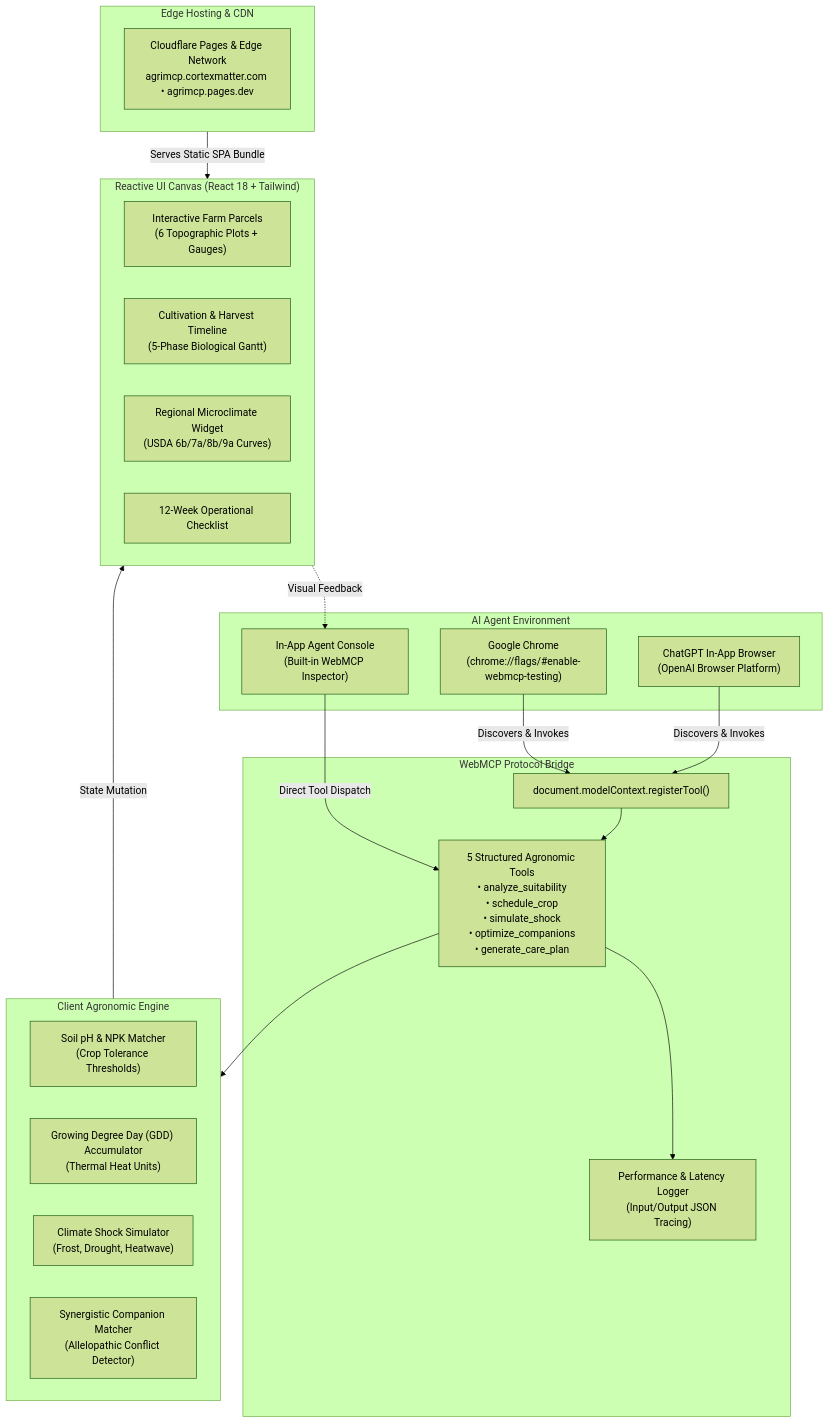
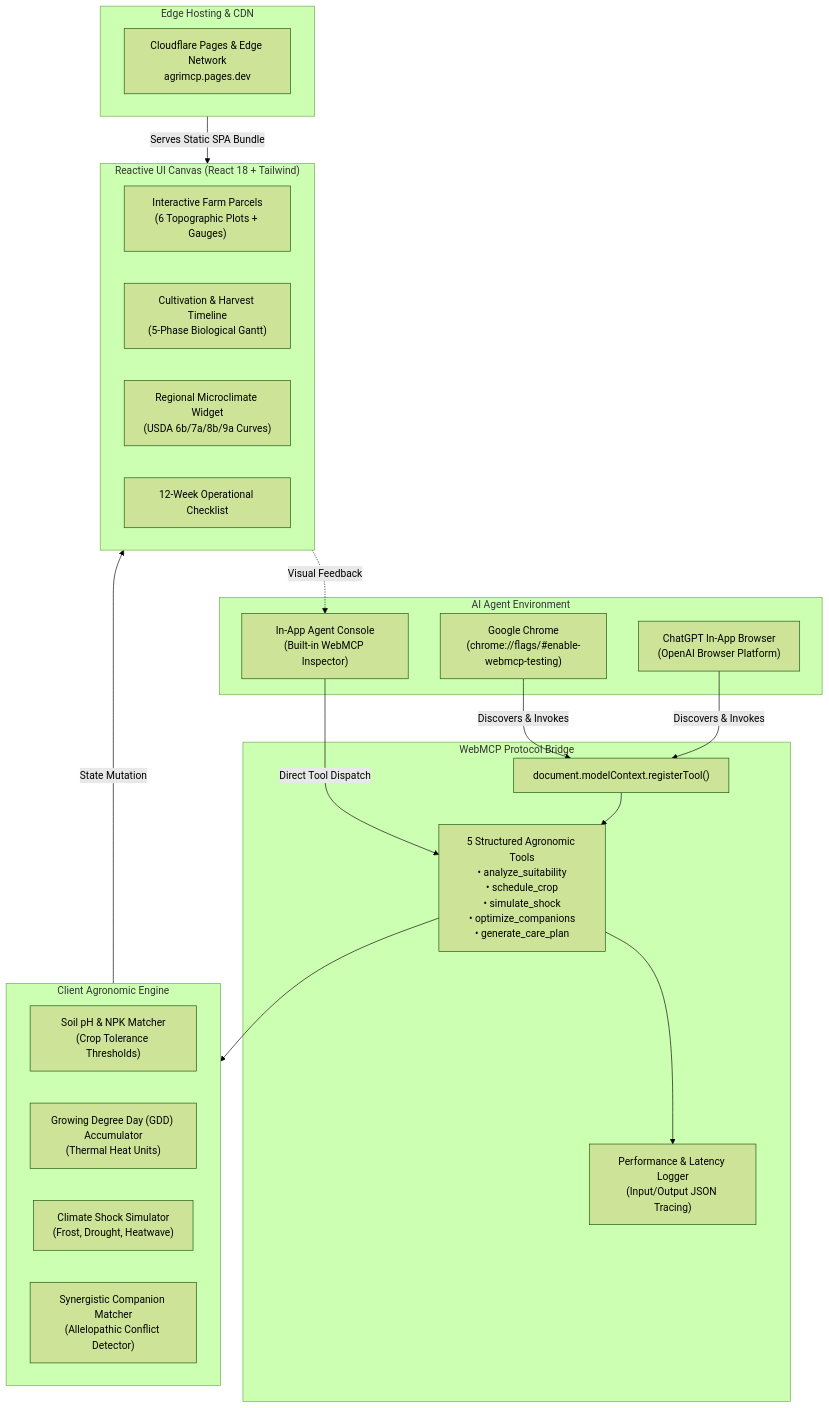
Before and after one commit to jaime-sql/WebMCPHackChallenge: the diagram in README.md, drawn with Mermaid (forest theme). The commit also changed other lines of this file and 1 other file, not shown here.

First line of the commit message:
docs: make agrimcp.pages.dev the sole live demo URL

````diff
--- a/README.md
+++ b/README.md
@@ -43,45 +43,45 @@
 ```mermaid
 flowchart TB
     subgraph AgentEnvironment ["AI Agent Environment"]
         AgentChrome["Google Chrome<br/>(chrome://flags/#enable-webmcp-testing)"]
         AgentChatGPT["ChatGPT In-App Browser<br/>(OpenAI Browser Platform)"]
         AgentSim["In-App Agent Console<br/>(Built-in WebMCP Inspector)"]
     end
 
     subgraph WebMCPBridge ["WebMCP Protocol Bridge"]
         ModelContext["document.modelContext.registerTool()"]
         ToolRegistry["5 Structured Agronomic Tools<br/>• analyze_suitability<br/>• schedule_crop<br/>• simulate_shock<br/>• optimize_companions<br/>• generate_care_plan"]
         ExecutionLogger["Performance & Latency Logger<br/>(Input/Output JSON Tracing)"]
     end
 
     subgraph AgronomicCore ["Client Agronomic Engine"]
         SuitabilityCalc["Soil pH & NPK Matcher<br/>(Crop Tolerance Thresholds)"]
         GDDCalc["Growing Degree Day (GDD) Accumulator<br/>(Thermal Heat Units)"]
         ShockSim["Climate Shock Simulator<br/>(Frost, Drought, Heatwave)"]
         CompanionEngine["Synergistic Companion Matcher<br/>(Allelopathic Conflict Detector)"]
     end
 
     subgraph ReactiveCanvas ["Reactive UI Canvas (React 18 + Tailwind)"]
         FarmGrid["Interactive Farm Parcels<br/>(6 Topographic Plots + Gauges)"]
         TimelineGantt["Cultivation & Harvest Timeline<br/>(5-Phase Biological Gantt)"]
         ClimateWidget["Regional Microclimate Widget<br/>(USDA 6b/7a/8b/9a Curves)"]
         CareModal["12-Week Operational Checklist"]
     end
 
     subgraph EdgeInfrastructure ["Edge Hosting & CDN"]
-        Cloudflare["Cloudflare Pages & Edge Network<br/>agrimcp.cortexmatter.com • agrimcp.pages.dev"]
+        Cloudflare["Cloudflare Pages & Edge Network<br/>agrimcp.pages.dev"]
     end
 
     AgentChrome -->|Discovers & Invokes| ModelContext
     AgentChatGPT -->|Discovers & Invokes| ModelContext
     AgentSim -->|Direct Tool Dispatch| ToolRegistry
 
     ModelContext --> ToolRegistry
     ToolRegistry --> ExecutionLogger
     ToolRegistry --> AgronomicCore
 
     AgronomicCore -->|State Mutation| ReactiveCanvas
     ReactiveCanvas -.->|Visual Feedback| AgentSim
 
     EdgeInfrastructure -->|Serves Static SPA Bundle| ReactiveCanvas
 ```
````
